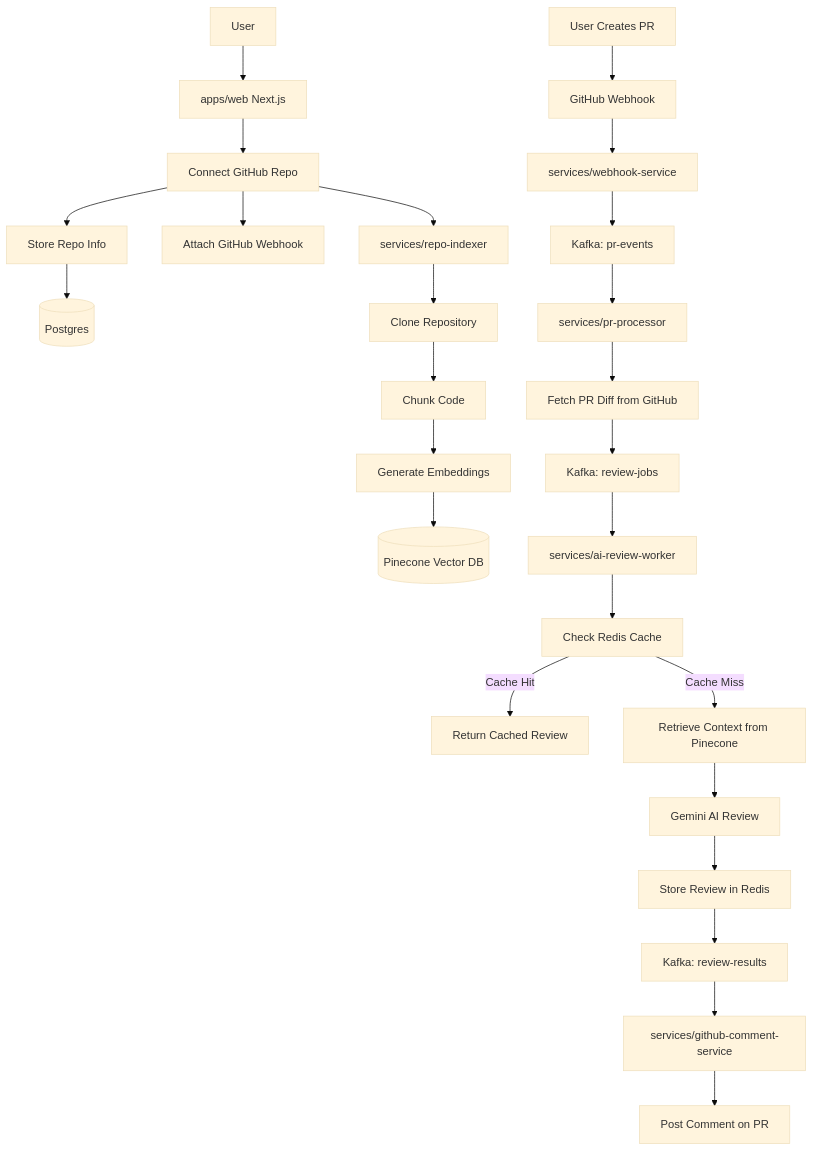
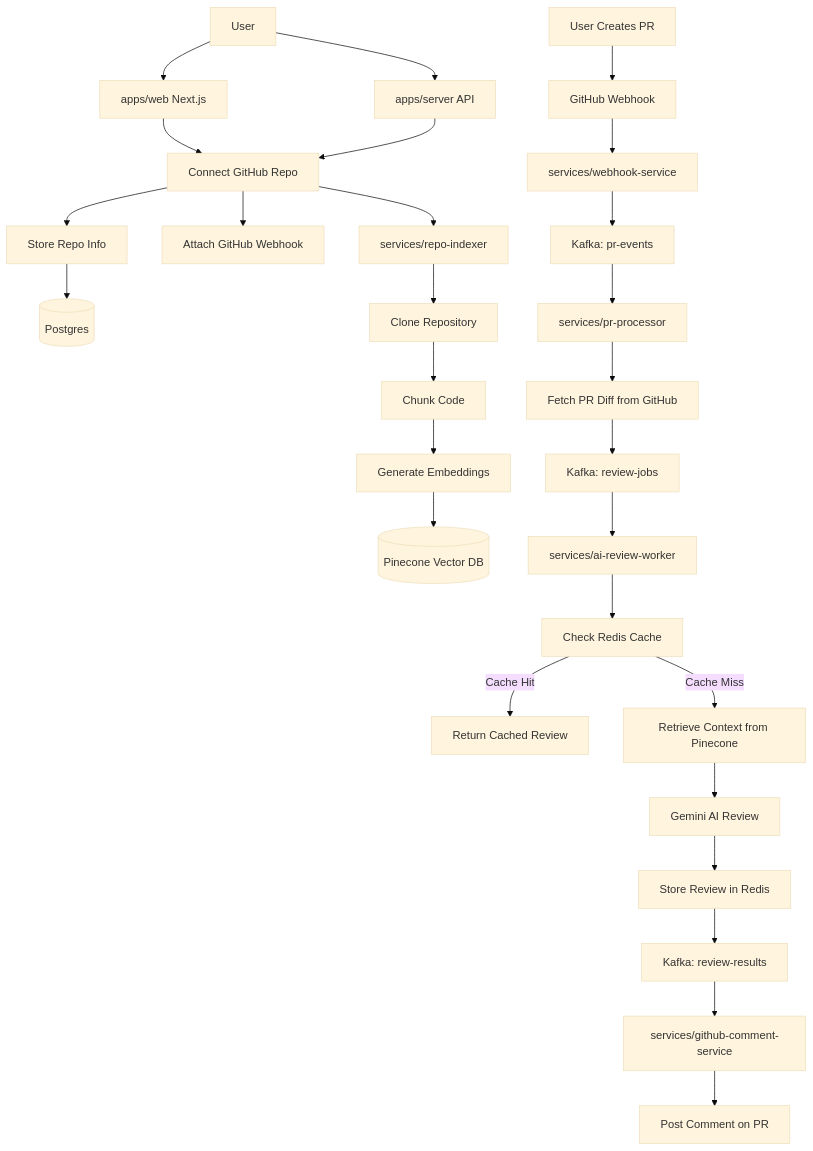
One commit to Thegreatsura/ai-code-review-system changed the diagram in README.md. Above: the diagram before and after it, drawn with Mermaid (base theme). The commit also changed other lines of this file, not shown here.

````diff
--- a/README.md
+++ b/README.md
@@ -48,56 +56,58 @@
 ```mermaid
 flowchart TD
 
-    %% Frontend
+    %% Frontend & Backend
     A[User] --> B[apps/web Next.js]
+    A --> C[apps/server API]
 
     %% Repo connection
-    B --> C[Connect GitHub Repo]
+    B --> D[Connect GitHub Repo]
+    C --> D
 
-    C --> D[Store Repo Info]
-    D --> DB[(Postgres)]
+    D --> E[Store Repo Info]
+    E --> DB[(Postgres)]
 
-    C --> E[Attach GitHub Webhook]
+    D --> F[Attach GitHub Webhook]
 
     %% Repo indexing
-    C --> F[services/repo-indexer]
+    D --> G[services/repo-indexer]
 
-    F --> G[Clone Repository]
-    G --> H[Chunk Code]
-    H --> I[Generate Embeddings]
-    I --> J[(Pinecone Vector DB)]
+    G --> H[Clone Repository]
+    H --> I[Chunk Code]
+    I --> J[Generate Embeddings]
+    J --> K[(Pinecone Vector DB)]
 
     %% PR event
-    K[User Creates PR] --> L[GitHub Webhook]
+    L[User Creates PR] --> M[GitHub Webhook]
 
-    L --> M[services/webhook-service]
+    M --> N[services/webhook-service]
 
-    M --> N[Kafka: pr-events]
+    N --> O[Kafka: pr-events]
 
     %% PR processing
-    N --> O[services/pr-processor]
+    O --> P[services/pr-processor]
 
-    O --> P[Fetch PR Diff from GitHub]
+    P --> Q[Fetch PR Diff from GitHub]
 
-    P --> Q[Kafka: review-jobs]
+    Q --> R[Kafka: review-jobs]
 
     %% AI review worker
-    Q --> R[services/ai-review-worker]
+    R --> S[services/ai-review-worker]
 
-    R --> S[Check Redis Cache]
+    S --> T[Check Redis Cache]
 
-    S -->|Cache Hit| T[Return Cached Review]
+    T -->|Cache Hit| U[Return Cached Review]
 
-    S -->|Cache Miss| U[Retrieve Context from Pinecone]
+    T -->|Cache Miss| V[Retrieve Context from Pinecone]
 
-    U --> V[Gemini AI Review]
+    V --> W[Gemini AI Review]
 
-    V --> W[Store Review in Redis]
+    W --> X[Store Review in Redis]
 
-    W --> X[Kafka: review-results]
+    X --> Y[Kafka: review-results]
 
     %% Comment service
-    X --> Y[services/github-comment-service]
+    Y --> Z[services/github-comment-service]
 
-    Y --> Z[Post Comment on PR]
+    Z --> AA[Post Comment on PR]
 ```
````
